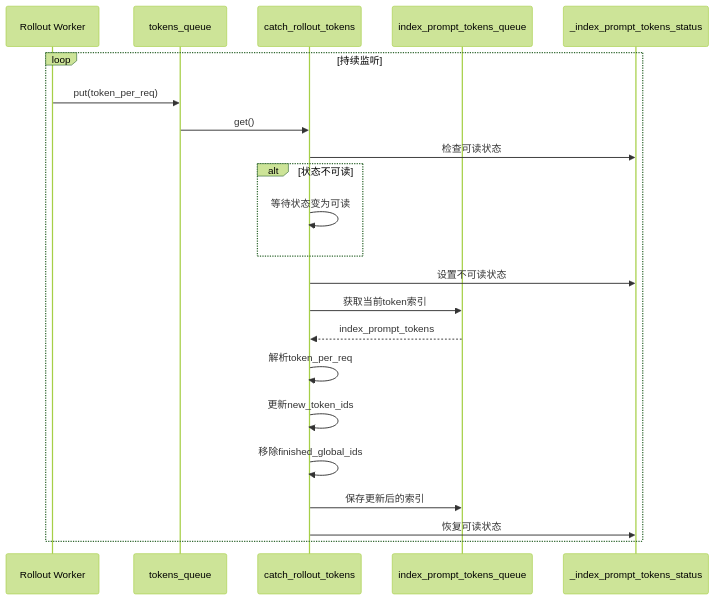
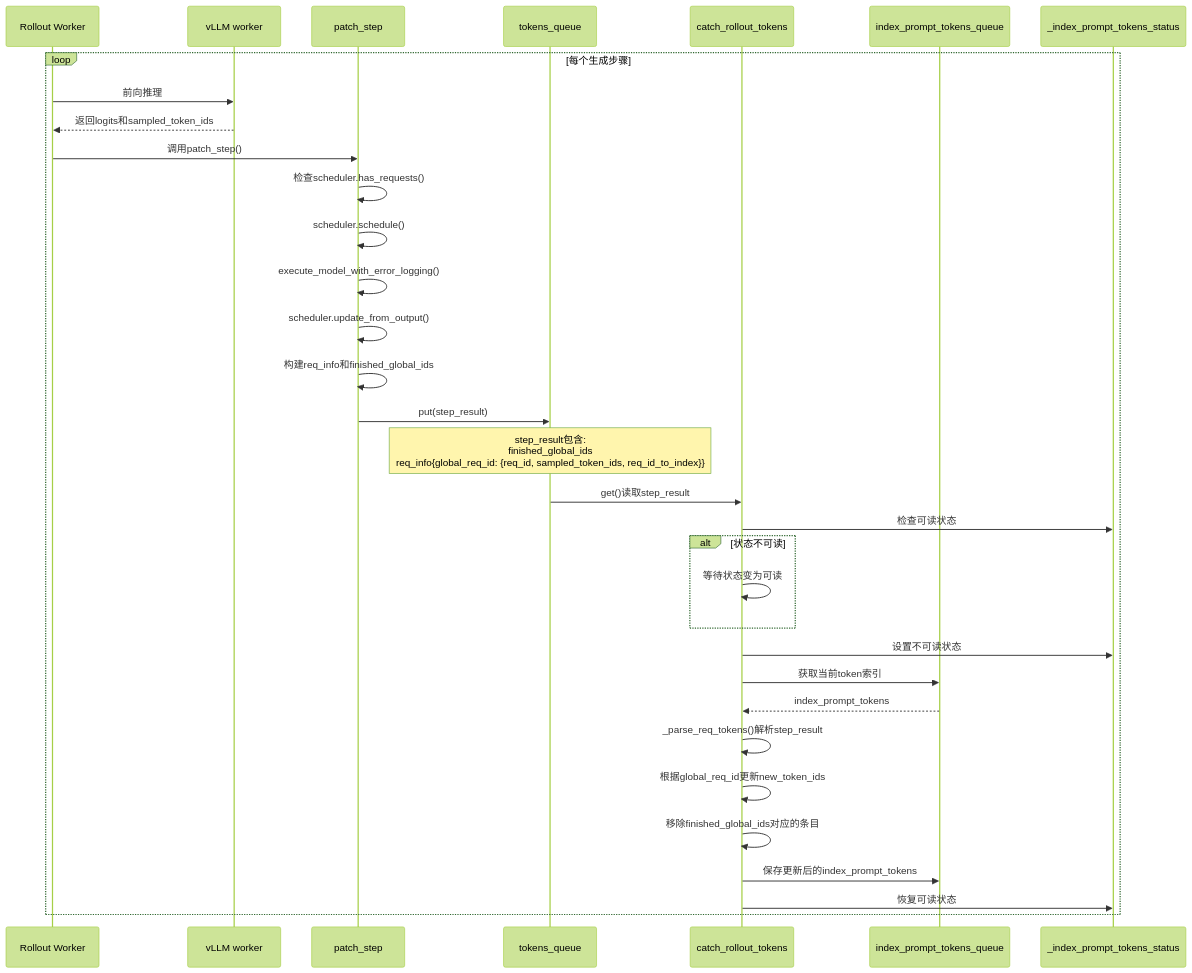
The fifth of 5 diagrams in docs/advance/token_continuation_and_recovery.md (Li-Yongwen/verl-ras), drawn with Mermaid (forest theme) before and after one commit. The commit also changed other lines of this file and 1 other file, not shown here.

Commit message:
revise: add init_req_token_queue_with_prompts

````diff
--- a/docs/advance/token_continuation_and_recovery.md
+++ b/docs/advance/token_continuation_and_recovery.md
@@ -653,29 +671,43 @@
 ```mermaid
 sequenceDiagram
     participant Worker as Rollout Worker
+    participant Model as vLLM worker
+    participant PatchStep as patch_step
     participant Queue1 as tokens_queue
     participant Catch as catch_rollout_tokens
     participant Queue2 as index_prompt_tokens_queue
     participant Status as _index_prompt_tokens_status
     
-    loop 持续监听
-        Worker->>Queue1: put(token_per_req)
-        Queue1->>Catch: get()
+    loop 每个生成步骤
+        Worker->>Model: 前向推理
+        Model-->>Worker: 返回logits和sampled_token_ids
+        Worker->>PatchStep: 调用patch_step()
+        
+        PatchStep->>PatchStep: 检查scheduler.has_requests()
+        PatchStep->>PatchStep: scheduler.schedule()
+        PatchStep->>PatchStep: execute_model_with_error_logging()
+        PatchStep->>PatchStep: scheduler.update_from_output()
+        
+        PatchStep->>PatchStep: 构建req_info和finished_global_ids
+        PatchStep->>Queue1: put(step_result)
+        Note over Queue1: step_result包含:<br/>finished_global_ids<br/>req_info{global_req_id: {req_id, sampled_token_ids, req_id_to_index}}
+        
+        Queue1->>Catch: get()读取step_result
         
         Catch->>Status: 检查可读状态
         alt 状态不可读
             Catch->>Catch: 等待状态变为可读
         end
         
         Catch->>Status: 设置不可读状态
         Catch->>Queue2: 获取当前token索引
         Queue2-->>Catch: index_prompt_tokens
         
-        Catch->>Catch: 解析token_per_req
-        Catch->>Catch: 更新new_token_ids
-        Catch->>Catch: 移除finished_global_ids
+        Catch->>Catch: _parse_req_tokens()解析step_result
+        Catch->>Catch: 根据global_req_id更新new_token_ids
+        Catch->>Catch: 移除finished_global_ids对应的条目
         
-        Catch->>Queue2: 保存更新后的索引
+        Catch->>Queue2: 保存更新后的index_prompt_tokens
         Catch->>Status: 恢复可读状态
     end
 ```
````
